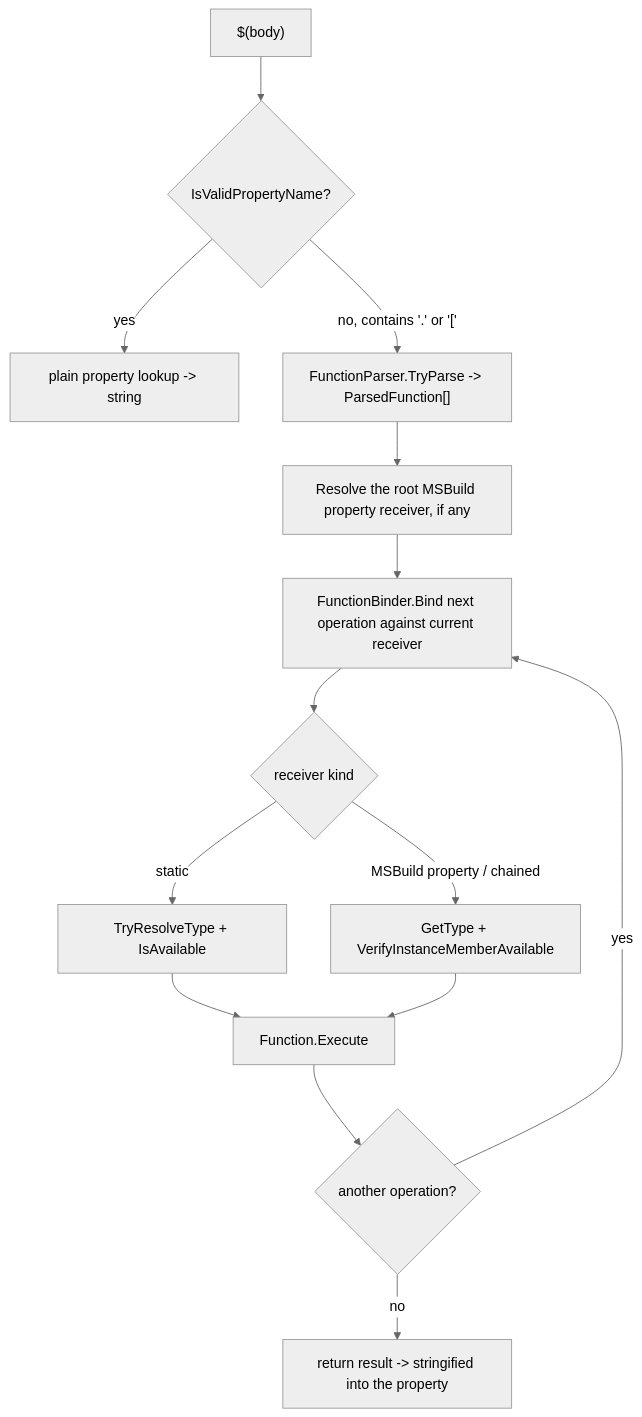
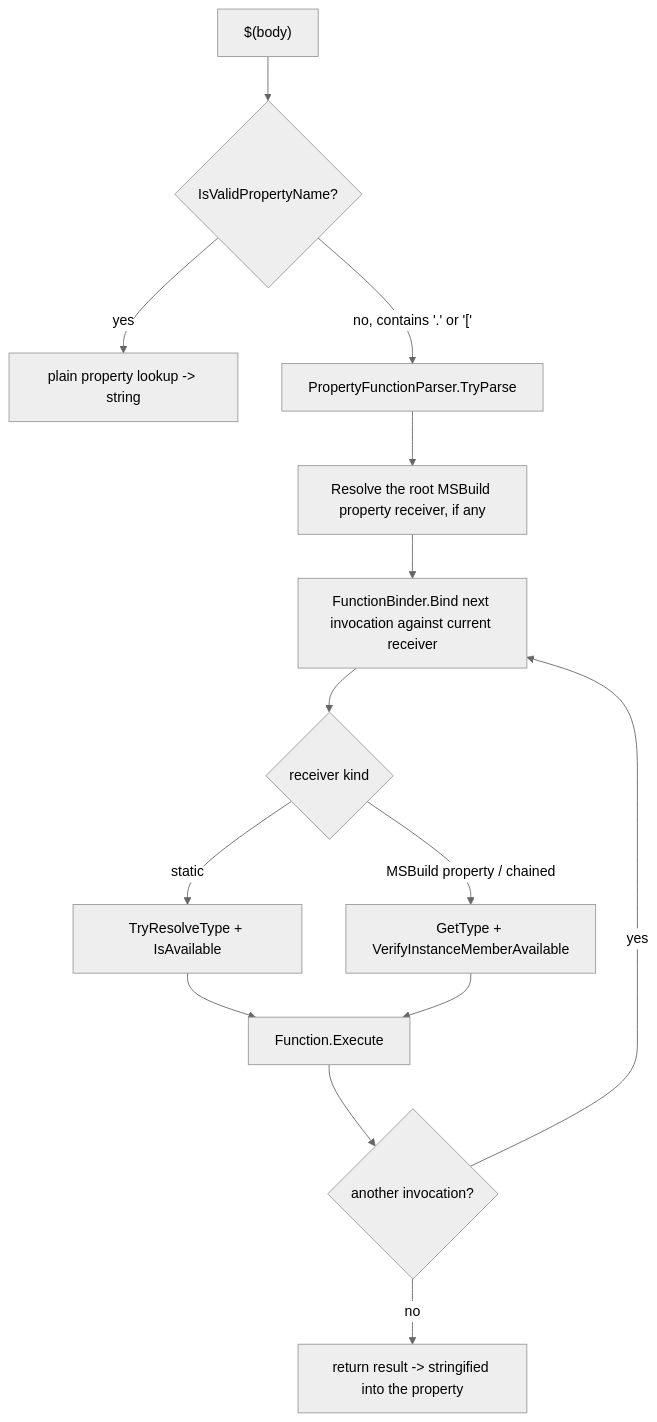
Before and after one commit to DustinCampbell/msbuild: the diagram in documentation/aot/property-functions-reachability.md, drawn with Mermaid (neutral theme). The commit also changed other lines of this file and 19 other files, not shown here.

First line of the commit message:
Integrate property function parser

````diff
--- a/documentation/aot/property-functions-reachability.md
+++ b/documentation/aot/property-functions-reachability.md
@@ -74,16 +73,16 @@
 ```mermaid
 flowchart TD
     A["$(body)"] --> B{IsValidPropertyName?}
     B -->|yes| P[plain property lookup -> string]
-    B -->|"no, contains '.' or '['"| C["FunctionParser.TryParse -> ParsedFunction[]"]
+    B -->|"no, contains '.' or '['"| C["PropertyFunctionParser.TryParse"]
     C --> R["Resolve the root MSBuild property receiver, if any"]
-    R --> BIND["FunctionBinder.Bind next operation against current receiver"]
+    R --> BIND["FunctionBinder.Bind next invocation against current receiver"]
     BIND --> D{receiver kind}
     D -->|static| E["TryResolveType + IsAvailable"]
     D -->|"MSBuild property / chained"| F["GetType + VerifyInstanceMemberAvailable"]
     E --> G[Function.Execute]
     F --> G
-    G --> H{another operation?}
+    G --> H{another invocation?}
     H -->|yes| BIND
     H -->|no| M[return result -> stringified into the property]
 ```
````
